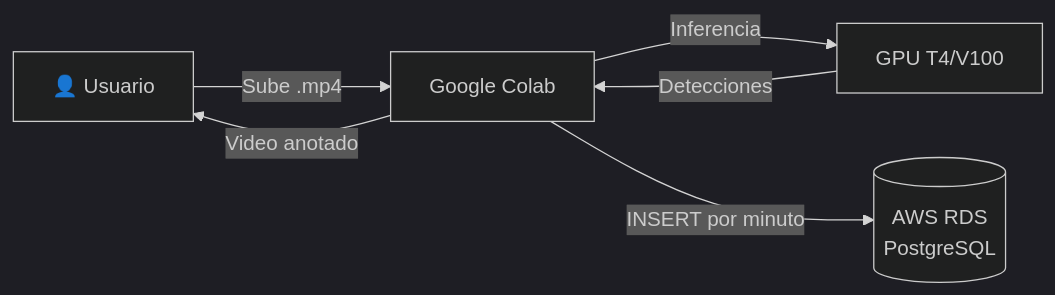
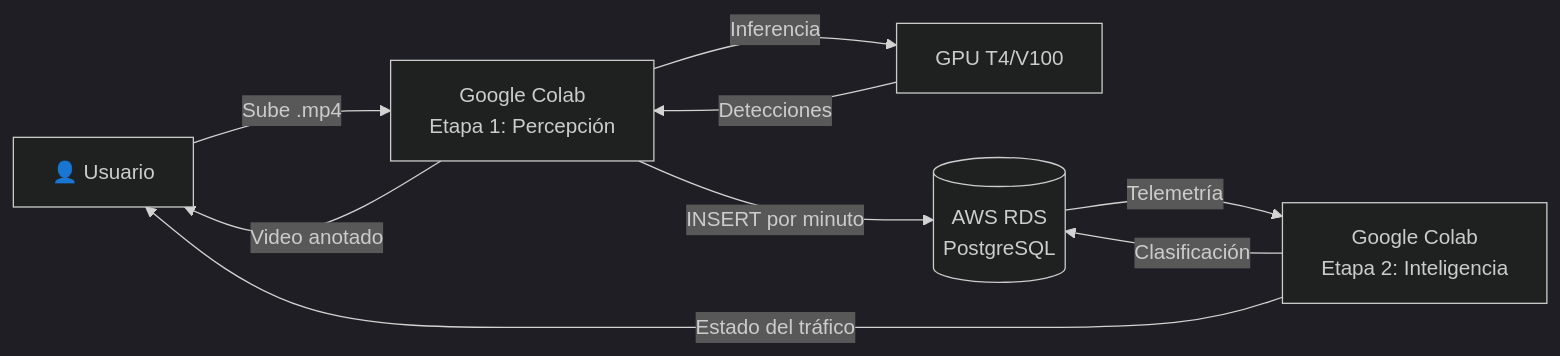
The diagram in README.md (aka-titesen/vaaet), drawn with Mermaid (dark theme) before and after one commit. The commit also changed other lines of this file and 17 other files, not shown here.

````diff
--- a/README.md
+++ b/README.md
@@ -12,8 +12,11 @@
 ```mermaid
 flowchart LR
-    A[👤 Usuario] -->|Sube .mp4| B[Google Colab]
+    A[👤 Usuario] -->|Sube .mp4| B[Google Colab<br/>Etapa 1: Percepción]
     B -->|Inferencia| C[GPU T4/V100]
     C -->|Detecciones| B
     B -->|INSERT por minuto| D[(AWS RDS<br/>PostgreSQL)]
+    D -->|Telemetría| E[Google Colab<br/>Etapa 2: Inteligencia]
+    E -->|Clasificación| D
     B -->|Video anotado| A
+    E -->|Estado del tráfico| A
 ```
````
